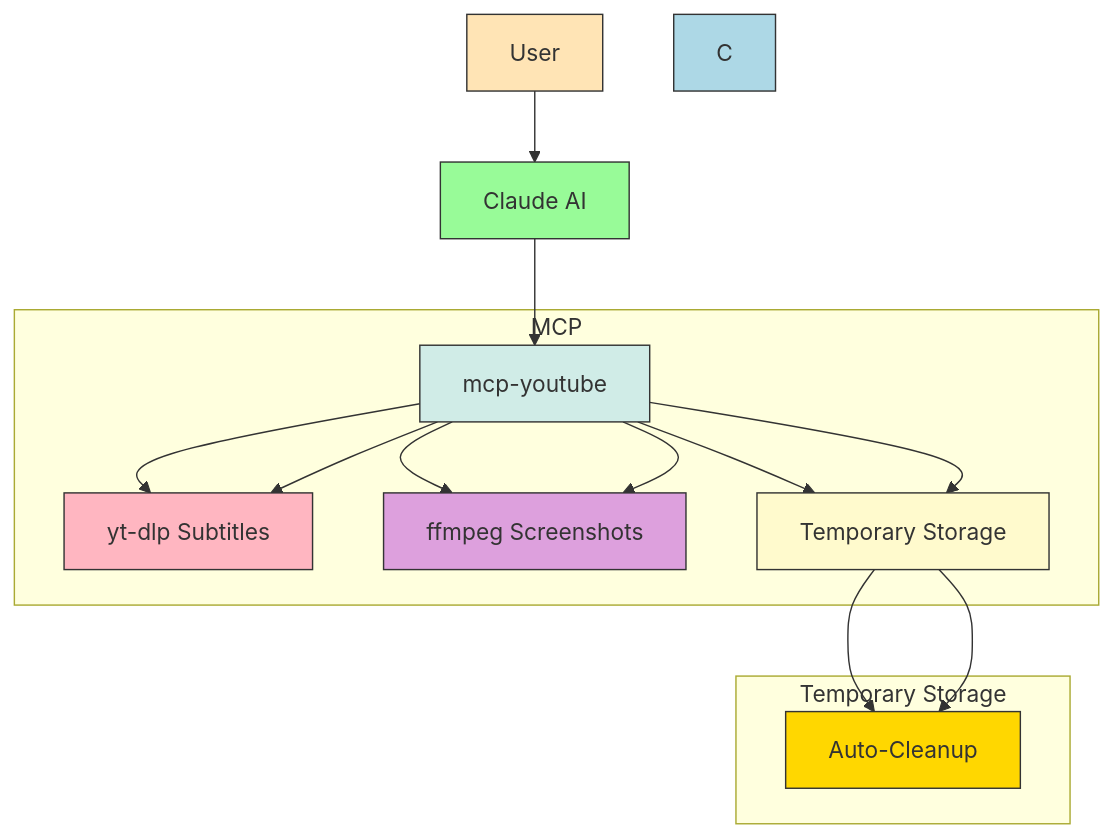
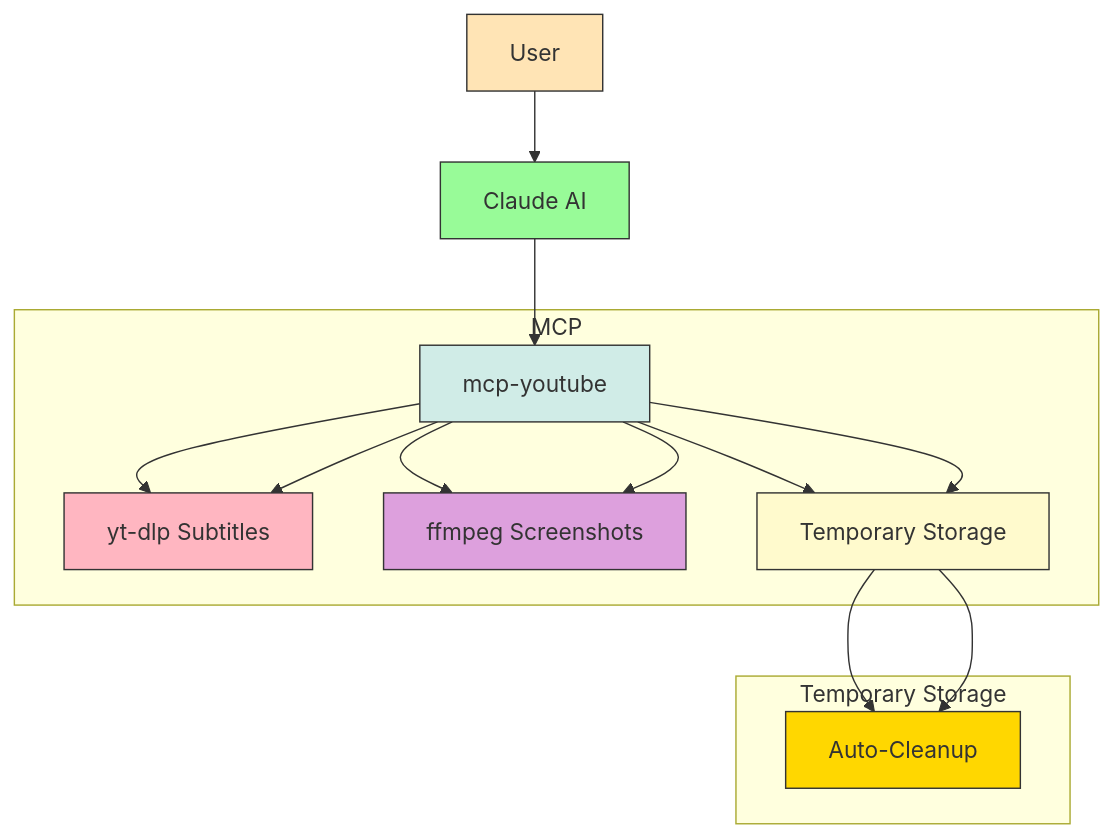
One commit to novemberde/mcp-youtube changed the diagram in README.md. Above: the diagram before and after it, drawn with Mermaid.

Commit message:
Remove unused style definition for node C in the README diagram to streamline visual representation.

````diff
--- a/README.md
+++ b/README.md
@@ -7,28 +7,27 @@
 ```mermaid
 graph TD
     A[User] --> B[Claude AI]
     B --> D[mcp-youtube]
     D --> E[yt-dlp Subtitles]
     D --> F[ffmpeg Screenshots]
     D --> G[Temporary Storage]
     G --> H[Auto-Cleanup]
 
     style A fill:#FFE4B5,stroke:#333
     style B fill:#98FB98,stroke:#333
-    style C fill:#ADD8E6,stroke:#333
     style D fill:#D0ECE7,stroke:#333
     style E fill:#FFB6C1,stroke:#333
     style F fill:#DDA0DD,stroke:#333
     style G fill:#FFFACD,stroke:#333
     style H fill:#FFD700,stroke:#333
 
     subgraph MCP
         D --> E
         D --> F
         D --> G
     end
 
     subgraph Temporary Storage
         G --> H
     end
 ```
````
